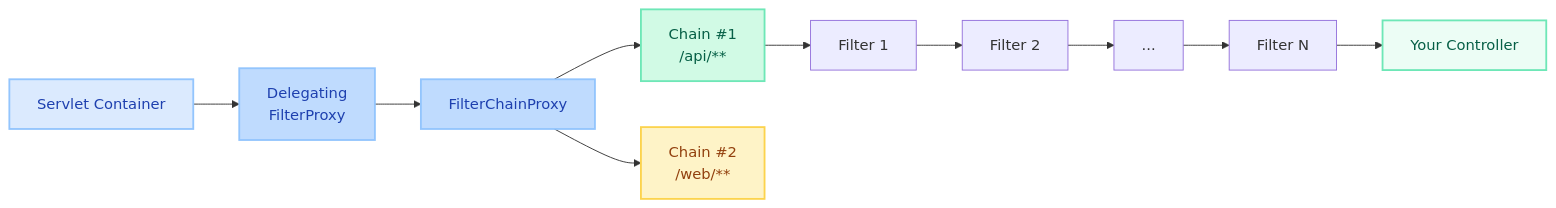
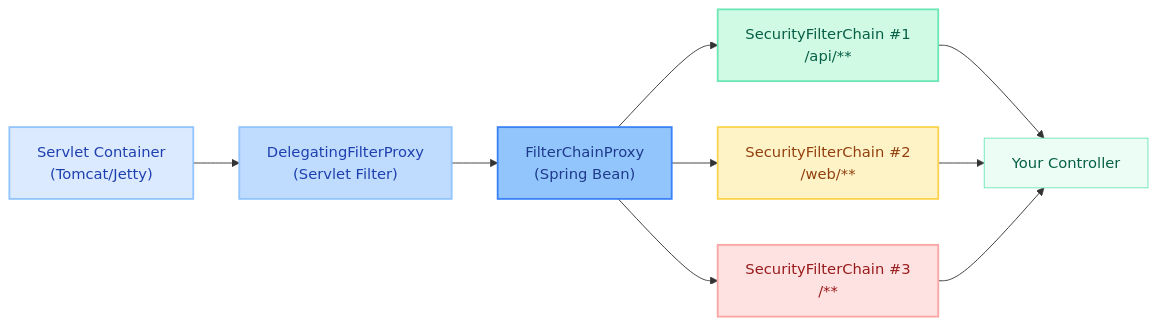
The first of 11 diagrams in docs/springboot/security-filter-chain.md (saivamsikaruturi/vamsilabs-dev-notes-main), drawn with Mermaid before and after one commit. The commit also changed other lines of this file and 21 other files, not shown here.

````diff
--- a/docs/springboot/security-filter-chain.md
+++ b/docs/springboot/security-filter-chain.md
@@ -20,16 +24,19 @@
 ```mermaid
 flowchart LR
-    SC["Servlet Container"] --> DFP["Delegating<br/>FilterProxy"]
-    DFP --> FCP["FilterChainProxy"]
-    FCP --> SC1["Chain #1<br/>/api/**"]
-    FCP --> SC2["Chain #2<br/>/web/**"]
-    SC1 --> F1["Filter 1"] --> F2["Filter 2"] --> F3["..."] --> FN["Filter N"]
-    FN --> Ctrl["Your Controller"]
+    SC["Servlet Container<br/>(Tomcat/Jetty)"] --> DFP["DelegatingFilterProxy<br/>(Servlet Filter)"]
+    DFP --> FCP["FilterChainProxy<br/>(Spring Bean)"]
+    FCP --> SFC1["SecurityFilterChain #1<br/>/api/**"]
+    FCP --> SFC2["SecurityFilterChain #2<br/>/web/**"]
+    FCP --> SFC3["SecurityFilterChain #3<br/>/**"]
+    SFC1 --> Ctrl["Your Controller"]
+    SFC2 --> Ctrl
+    SFC3 --> Ctrl
 
     style SC fill:#DBEAFE,stroke:#93C5FD,stroke-width:2px,color:#1E40AF
     style DFP fill:#BFDBFE,stroke:#93C5FD,stroke-width:2px,color:#1E40AF
-    style FCP fill:#BFDBFE,stroke:#93C5FD,stroke-width:2px,color:#1E40AF
-    style SC1 fill:#D1FAE5,stroke:#6EE7B7,stroke-width:2px,color:#065F46
-    style SC2 fill:#FEF3C7,stroke:#FCD34D,stroke-width:2px,color:#92400E
-    style Ctrl fill:#ECFDF5,stroke:#6EE7B7,stroke-width:2px,color:#065F46
+    style FCP fill:#93C5FD,stroke:#3B82F6,stroke-width:2px,color:#1E3A8A
+    style SFC1 fill:#D1FAE5,stroke:#6EE7B7,stroke-width:2px,color:#065F46
+    style SFC2 fill:#FEF3C7,stroke:#FCD34D,stroke-width:2px,color:#92400E
+    style SFC3 fill:#FEE2E2,stroke:#FCA5A5,stroke-width:2px,color:#991B1B
+    style Ctrl fill:#ECFDF5,stroke:#6EE7B7,color:#065F46
 ```
````
